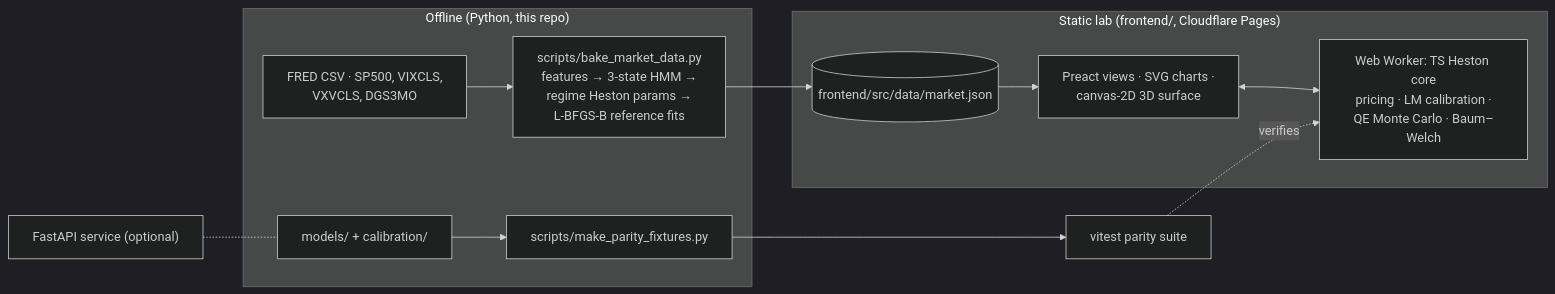
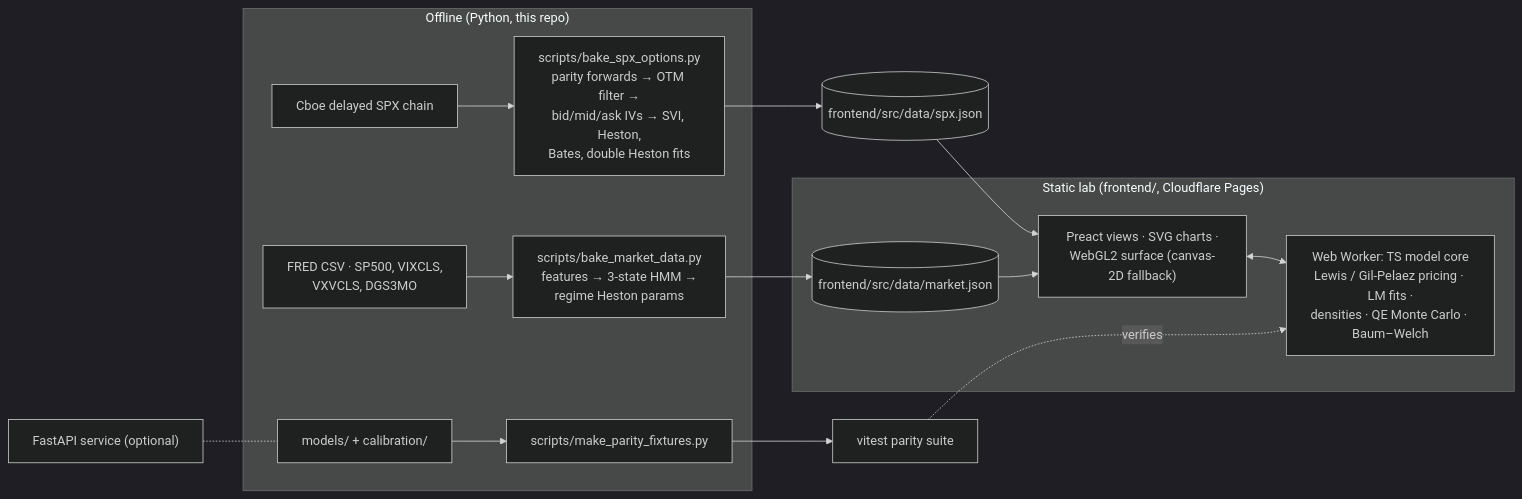
One commit to austxu/heston-regime-lab changed the diagram in README.md. Above: the diagram before and after it, drawn with Mermaid (dark theme). The commit also changed other lines of this file and 21 other files, not shown here.

First line of the commit message:
Add Market and Density views, a WebGL surface and density-shaded paths

````diff
--- a/README.md
+++ b/README.md
@@ -19,15 +20,18 @@
 ```mermaid
 flowchart LR
   subgraph offline["Offline (Python, this repo)"]
-    FRED["FRED CSV · SP500, VIXCLS,<br/>VXVCLS, DGS3MO"] --> BAKE["scripts/bake_market_data.py<br/>features → 3-state HMM →<br/>regime Heston params →<br/>L-BFGS-B reference fits"]
+    FRED["FRED CSV · SP500, VIXCLS,<br/>VXVCLS, DGS3MO"] --> BAKE["scripts/bake_market_data.py<br/>features → 3-state HMM →<br/>regime Heston params"]
+    CBOE["Cboe delayed SPX chain"] --> BAKEO["scripts/bake_spx_options.py<br/>parity forwards → OTM filter →<br/>bid/mid/ask IVs → SVI, Heston,<br/>Bates, double Heston fits"]
     PY["models/ + calibration/"] --> FIX["scripts/make_parity_fixtures.py"]
   end
   BAKE --> JSON[("frontend/src/data/market.json")]
+  BAKEO --> SPX[("frontend/src/data/spx.json")]
+  SPX --> UI
   FIX --> TESTS["vitest parity suite"]
   subgraph browser["Static lab (frontend/, Cloudflare Pages)"]
-    JSON --> UI["Preact views · SVG charts ·<br/>canvas-2D 3D surface"]
-    UI <--> W["Web Worker: TS Heston core<br/>pricing · LM calibration ·<br/>QE Monte Carlo · Baum–Welch"]
+    JSON --> UI["Preact views · SVG charts ·<br/>WebGL2 surface (canvas-2D fallback)"]
+    UI <--> W["Web Worker: TS model core<br/>Lewis / Gil-Pelaez pricing · LM fits ·<br/>densities · QE Monte Carlo · Baum–Welch"]
   end
   TESTS -. verifies .-> W
   API["FastAPI service (optional)"] -.- PY
 ```
````
